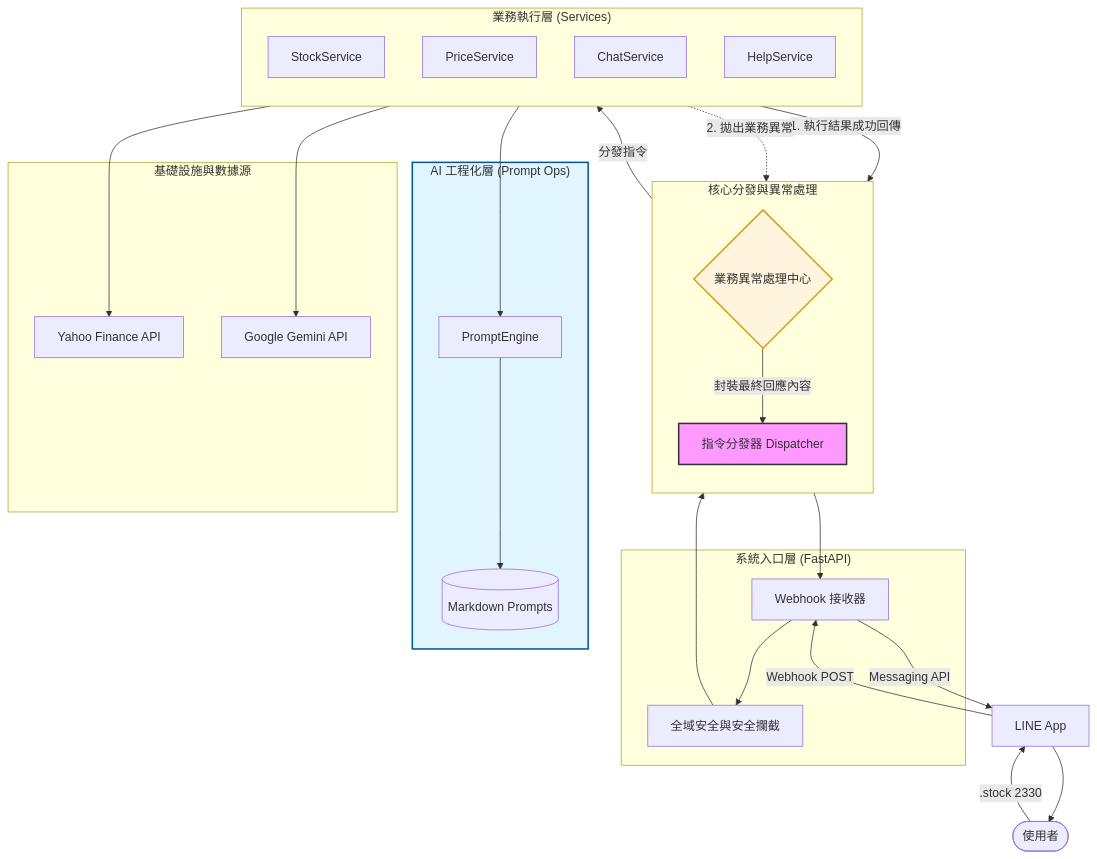
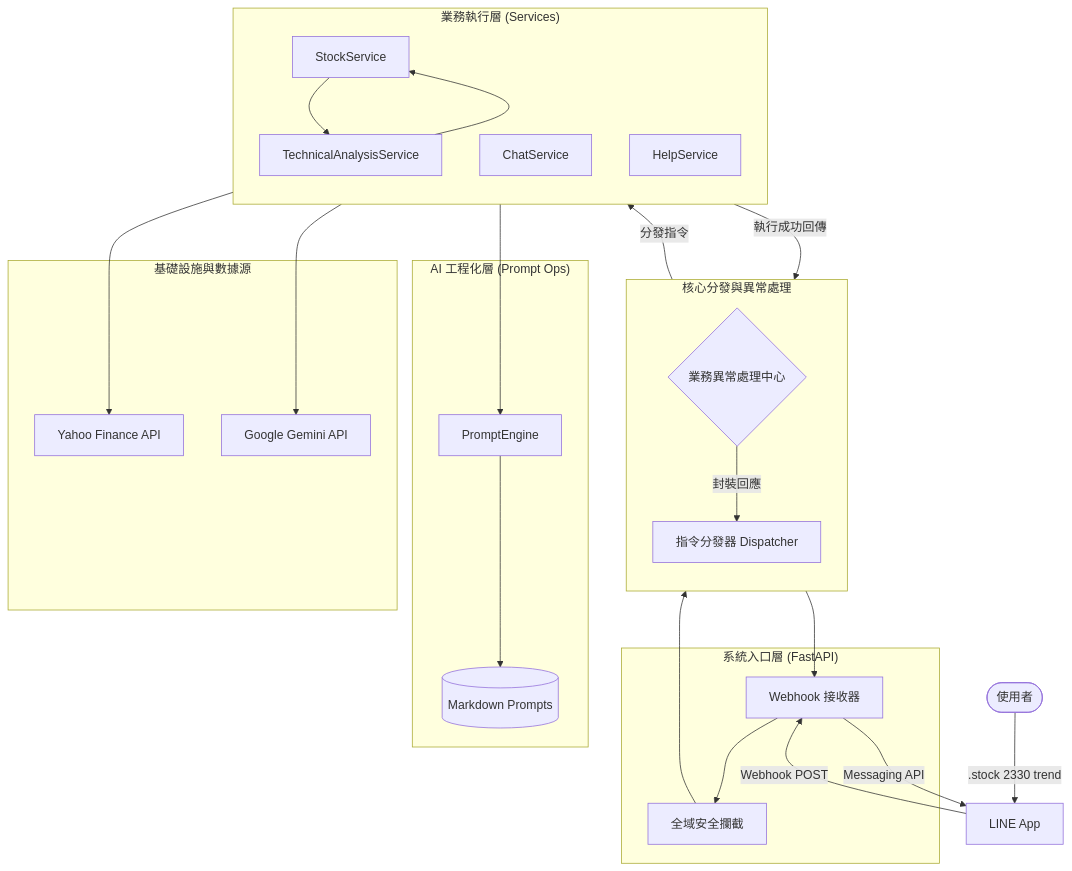
The diagram in README.md (final898y/LineNexus), drawn with Mermaid before and after one commit. The commit also changed other lines of this file and 11 other files, not shown here.

````diff
--- a/README.md
+++ b/README.md
@@ -11,66 +11,60 @@
 ```mermaid
 graph TD
     %% 外部系統
-    User([使用者]) -- ".stock 2330" --> LineApp[LINE App]
+    User([使用者]) -- ".stock 2330 trend" --> LineApp[LINE App]
     
     %% 框架與入口層
     subgraph Framework ["系統入口層 (FastAPI)"]
         Webhook[Webhook 接收器]
-        GlobalGuard[全域安全與安全攔截]
+        GlobalGuard[全域安全攔截]
     end
 
     %% 指令分發與異常處理中心
     subgraph Core ["核心分發與異常處理"]
     direction TB
         Dispatcher[指令分發器 Dispatcher]
         ErrorBridge{業務異常處理中心}
     end
 
     %% 業務執行層
     subgraph Services ["業務執行層 (Services)"]
     direction TB
         StockSvc[StockService]
-        PriceSvc[PriceService]
+        TASvc[TechnicalAnalysisService]
         ChatSvc[ChatService]
         HelpSvc[HelpService]
     end
 
     %% AI 工程化層
     subgraph AIEngine ["AI 工程化層 (Prompt Ops)"]
         PromptEngine[PromptEngine]
         MarkdownPrompts[(Markdown Prompts)]
     end
 
     %% 外部供應商
     subgraph Providers ["基礎設施與數據源"]
         Yahoo["Yahoo Finance API"]
         Gemini["Google Gemini API"]
     end
 
     %% 流程連線
     LineApp -- "Webhook POST" --> Webhook
     Webhook --> GlobalGuard
     GlobalGuard --> Dispatcher
     
     Dispatcher -- "分發指令" --> Services
     
+    StockSvc --> Yahoo
+    StockSvc --> TASvc
+    TASvc --> StockSvc
+    
     Services --> PromptEngine
     PromptEngine --> MarkdownPrompts
-    
-    StockSvc --> Yahoo
     Services --> Gemini
     
     %% 異常與結果回傳路徑
-    Services -- "1. 執行結果成功回傳" --> ErrorBridge
-    Services -. "2. 拋出業務異常" .-> ErrorBridge
-    
-    ErrorBridge -- "封裝最終回應內容" --> Dispatcher
+    Services -- "執行成功回傳" --> ErrorBridge
+    ErrorBridge -- "封裝回應" --> Dispatcher
     Dispatcher --> Webhook
     Webhook -- "Messaging API" --> LineApp
-    LineApp --> User
-
-    %% 樣式設定
-    style Dispatcher fill:#f9f,stroke:#333,stroke-width:2px
-    style ErrorBridge fill:#fff4dd,stroke:#d4a017,stroke-width:2px
-    style AIEngine fill:#e1f5fe,stroke:#01579b,stroke-width:2px
 ```
````
